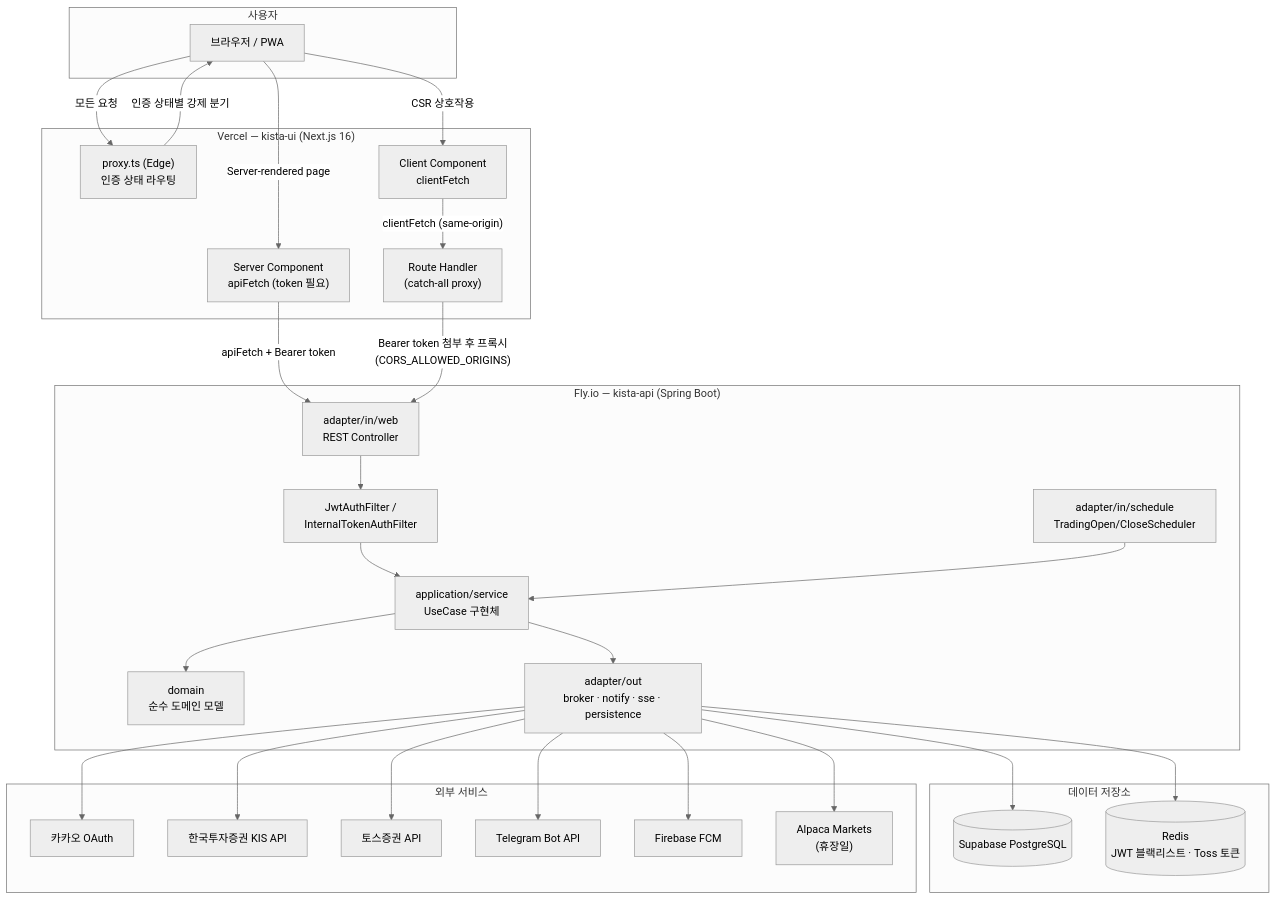
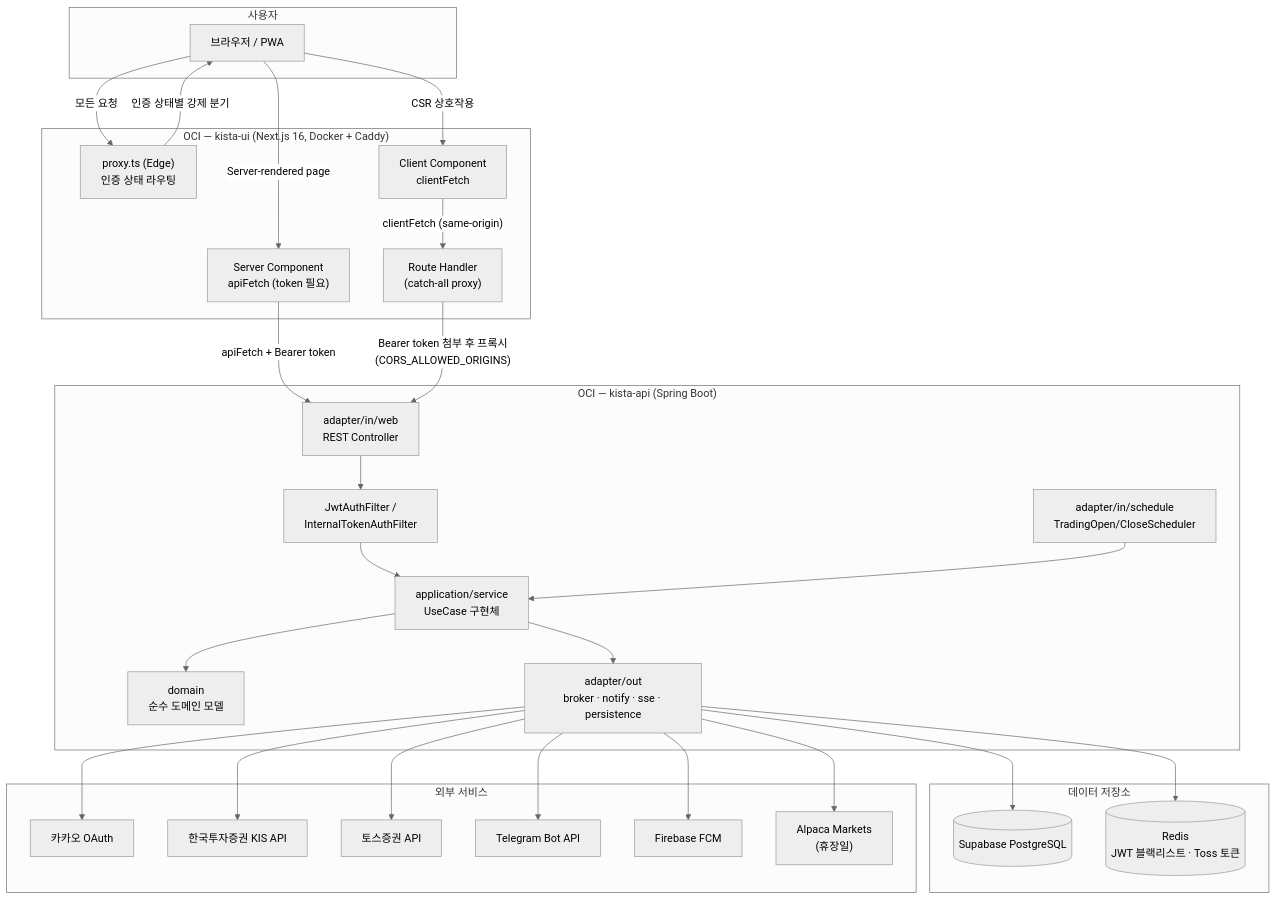
The first of 4 diagrams in README.md (narafu/kista-ui), drawn with Mermaid (neutral theme) before and after one commit. The commit also changed other lines of this file and 1 other file, not shown here.

First line of the commit message:
docs: Vercel→OCI 커트오버 완료 반영, GitHub 연동 해제

````diff
--- a/README.md
+++ b/README.md
@@ -19,58 +19,58 @@
 ```mermaid
 graph TB
     subgraph Client["사용자"]
         Browser["브라우저 / PWA"]
     end
 
-    subgraph Vercel["Vercel — kista-ui (Next.js 16)"]
+    subgraph OCIUI["OCI — kista-ui (Next.js 16, Docker + Caddy)"]
         Proxy["proxy.ts (Edge)<br/>인증 상태 라우팅"]
         RSC["Server Component<br/>apiFetch (token 필요)"]
         RouteHandler["Route Handler<br/>(catch-all proxy)"]
         ClientComp["Client Component<br/>clientFetch"]
     end
 
-    subgraph Fly["Fly.io — kista-api (Spring Boot)"]
+    subgraph OCIAPI["OCI — kista-api (Spring Boot)"]
         Web["adapter/in/web<br/>REST Controller"]
         Security["JwtAuthFilter /<br/>InternalTokenAuthFilter"]
         App["application/service<br/>UseCase 구현체"]
         Domain["domain<br/>순수 도메인 모델"]
         AdapterOut["adapter/out<br/>broker · notify · sse · persistence"]
         Scheduler["adapter/in/schedule<br/>TradingOpen/CloseScheduler"]
     end
 
     subgraph Data["데이터 저장소"]
         PG[("Supabase PostgreSQL")]
         Redis[("Redis<br/>JWT 블랙리스트 · Toss 토큰")]
     end
 
     subgraph External["외부 서비스"]
         Kakao["카카오 OAuth"]
         KIS["한국투자증권 KIS API"]
         Toss["토스증권 API"]
         Telegram["Telegram Bot API"]
         FCM["Firebase FCM"]
         Alpaca["Alpaca Markets<br/>(휴장일)"]
     end
 
     Browser -->|"모든 요청"| Proxy
     Proxy -->|"인증 상태별 강제 분기"| Browser
     Browser -->|"Server-rendered page"| RSC
     Browser -->|"CSR 상호작용"| ClientComp
 
     RSC -->|"apiFetch + Bearer token"| Web
     ClientComp -->|"clientFetch (same-origin)"| RouteHandler
     RouteHandler -->|"Bearer token 첨부 후 프록시<br/>(CORS_ALLOWED_ORIGINS)"| Web
 
     Web --> Security --> App --> Domain
     App --> AdapterOut
     Scheduler --> App
 
     AdapterOut --> PG
     AdapterOut --> Redis
     AdapterOut --> Kakao
     AdapterOut --> KIS
     AdapterOut --> Toss
     AdapterOut --> Telegram
     AdapterOut --> FCM
     AdapterOut --> Alpaca
 ```
````
